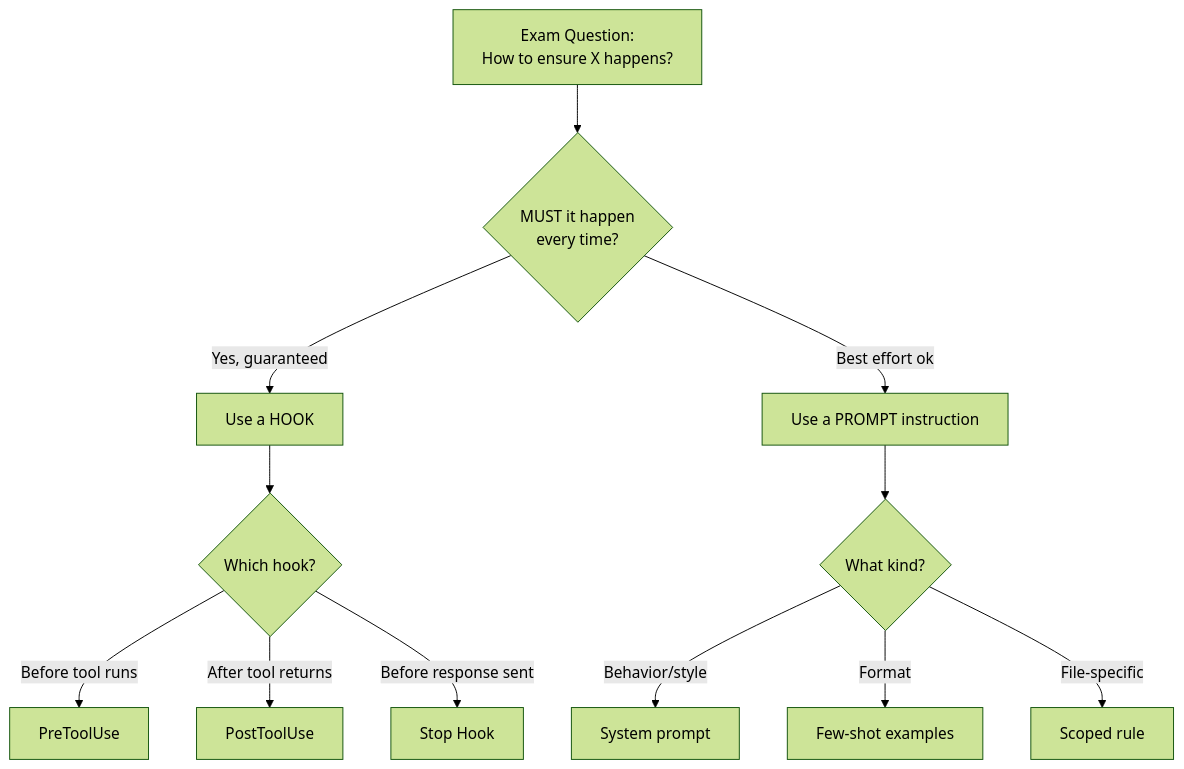
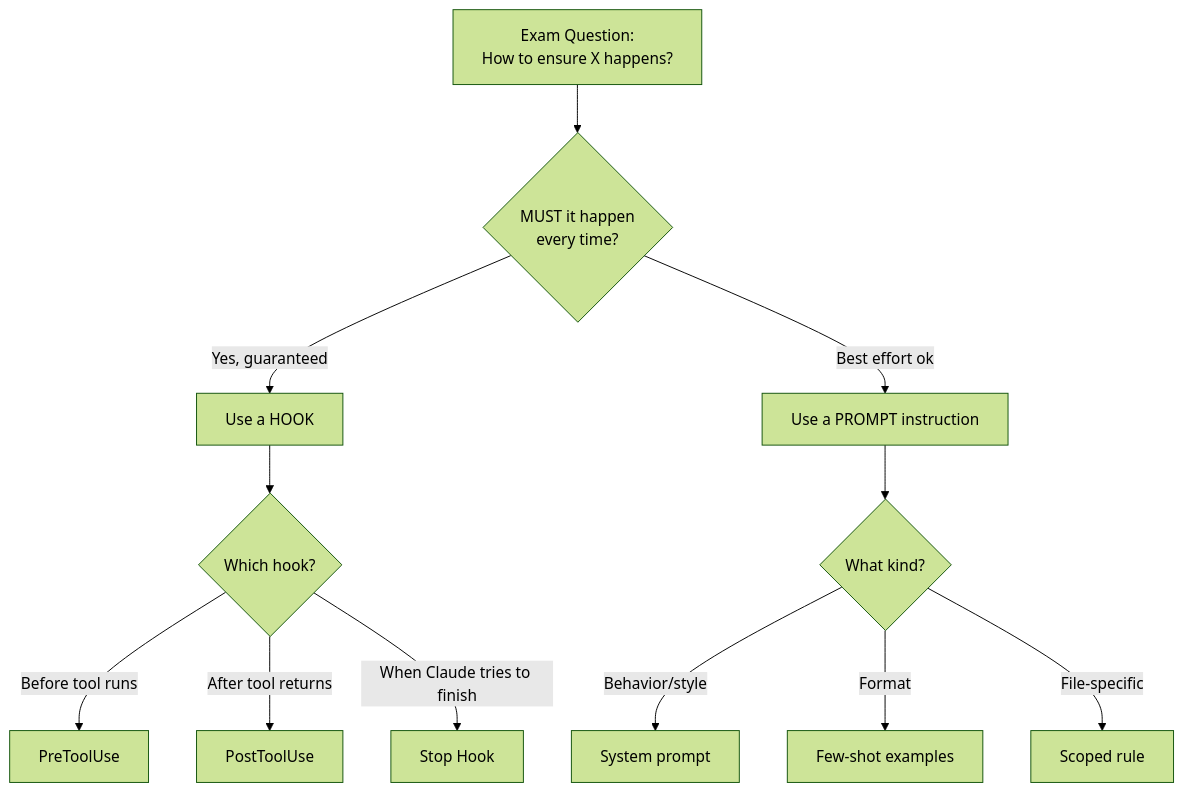
The ninth of 10 diagrams in content/skillup/ccaf/notes/d1-agentic-architecture.md (ajeetchouksey/ajch_skillup), drawn with Mermaid (forest theme) before and after one commit. The commit also changed other lines of this file and 157 other files, not shown here.

````diff
--- a/content/skillup/ccaf/notes/d1-agentic-architecture.md
+++ b/content/skillup/ccaf/notes/d1-agentic-architecture.md
@@ -701,14 +695,14 @@
 ```mermaid
 graph TD
     Q["Exam Question:<br/>How to ensure X happens?"] --> M{MUST it happen<br/>every time?}
     M -->|"Yes, guaranteed"| H[Use a HOOK]
     M -->|"Best effort ok"| P[Use a PROMPT instruction]
     H --> W{Which hook?}
     W -->|"Before tool runs"| Pre[PreToolUse]
     W -->|"After tool returns"| Post[PostToolUse]
-    W -->|"Before response sent"| Stop[Stop Hook]
+    W -->|"When Claude tries to finish"| Stop[Stop Hook]
     P --> T{What kind?}
     T -->|"Behavior/style"| Sys[System prompt]
     T -->|"Format"| Few[Few-shot examples]
     T -->|"File-specific"| Scope[Scoped rule]
 ```
````
